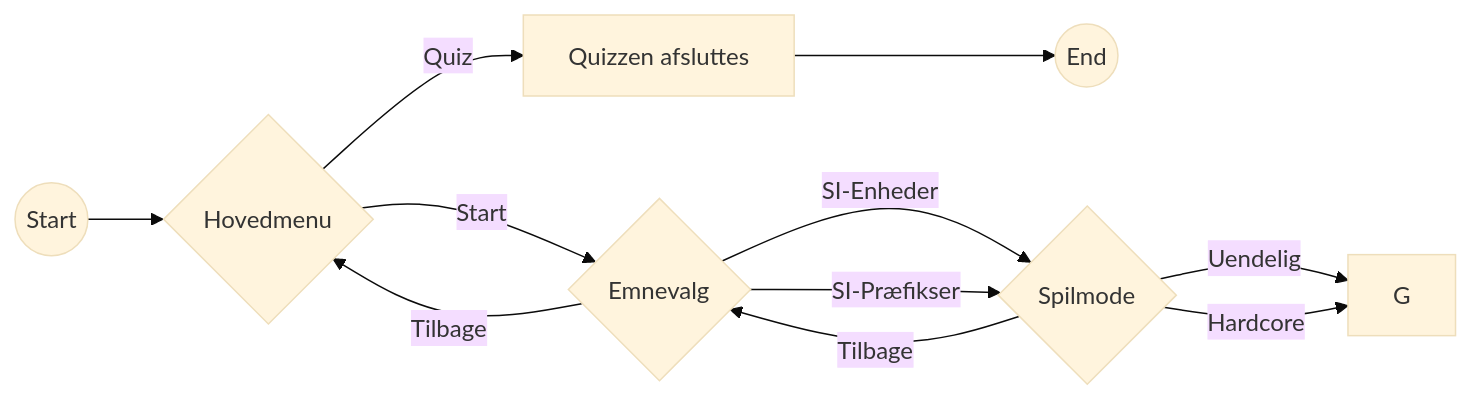
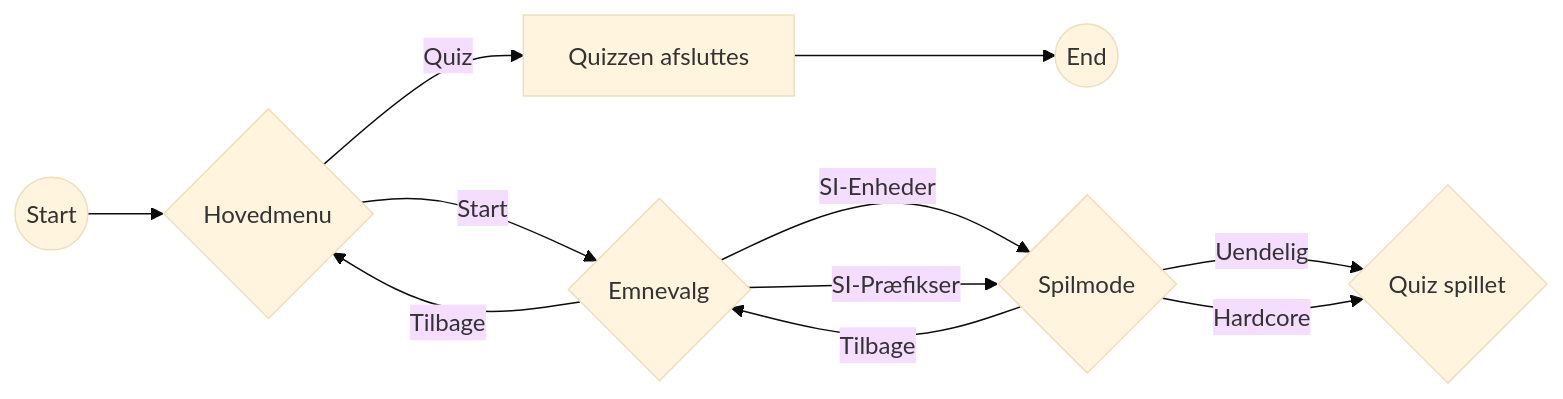
The diagram in README.md (mjdvisualz/fysik-quiz-app), drawn with Mermaid (base theme) before and after one commit.

````diff
--- a/README.md
+++ b/README.md
@@ -16,14 +16,14 @@
 ```mermaid
 graph LR
     A((Start)) --> B{Hovedmenu}
     B -->|Start| C{Emnevalg}
     B -->|Quiz| D[Quizzen afsluttes]
     D --> E((End))
     C --> |SI-Enheder| F{Spilmode}
     C --> |SI-Præfikser| F
     C --> |Tilbage| B
-    F --> |Uendelig| G
+    F --> |Uendelig| G{Quiz spillet}
     F --> |Hardcore| G
     F --> |Tilbage| C
 
 ```
````
